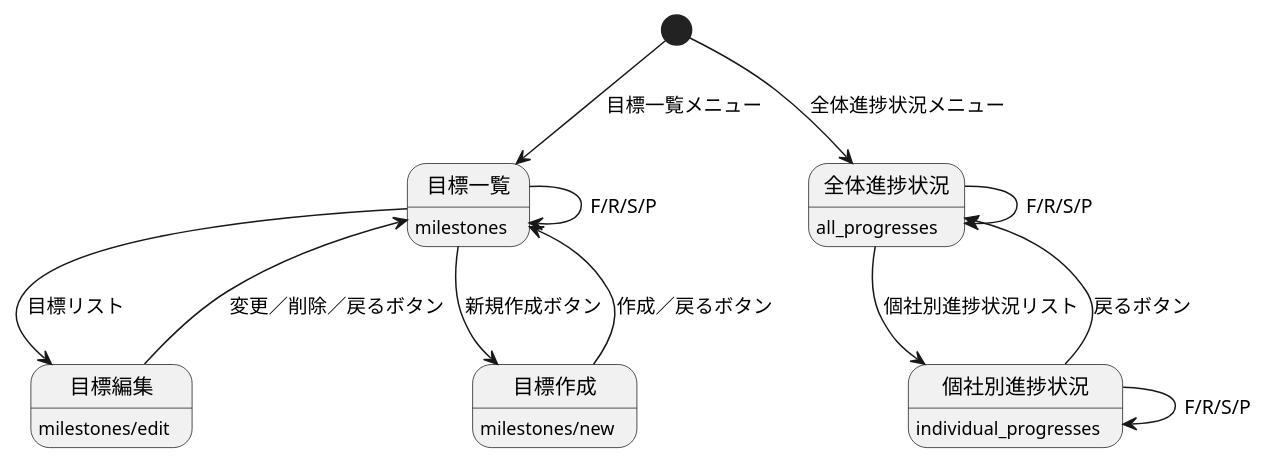
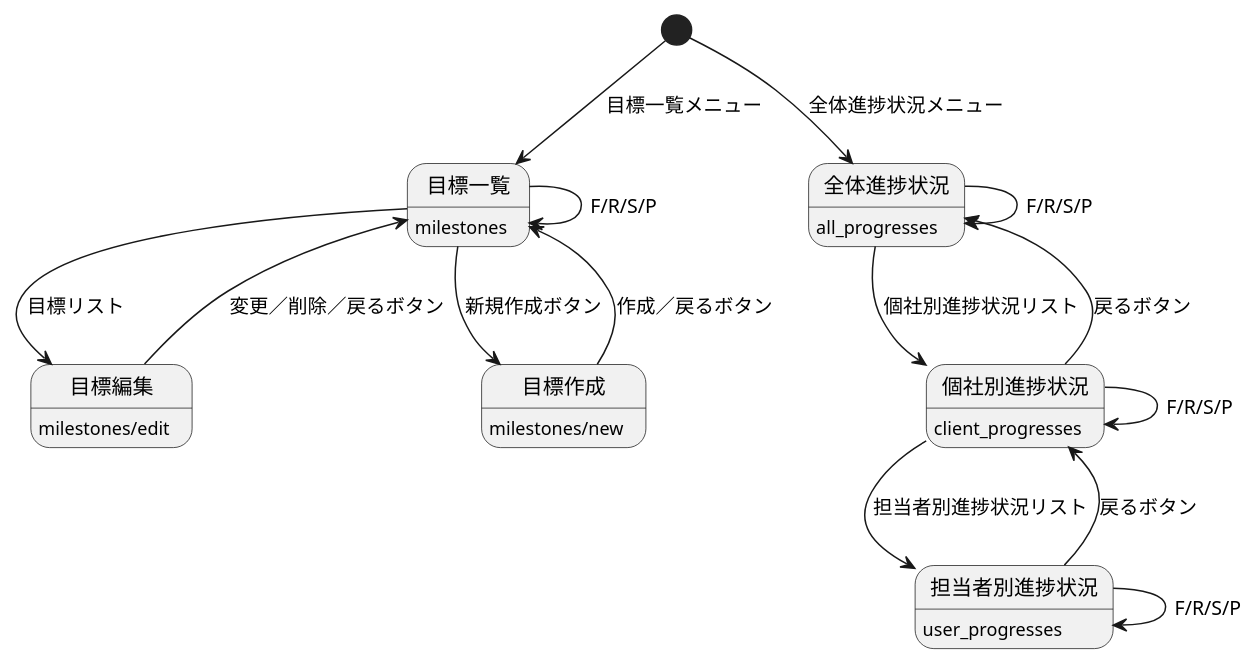
The diagram in docs/milestones.pu (cedge1michi/tass_mock-frontend), drawn with PlantUML before and after one commit. The commit also changed 24 other files, not shown here.

```diff
--- a/docs/milestones.pu
+++ b/docs/milestones.pu
@@ -1,26 +1,31 @@
 @startuml 目標管理
 [*]--> 目標一覧: 目標一覧メニュー
 
 目標一覧 --> 目標編集: 目標リスト
 目標編集 --> 目標一覧: 変更／削除／戻るボタン
 
 目標一覧 --> 目標作成: 新規作成ボタン
 目標作成 --> 目標一覧: 作成／戻るボタン
 
 目標一覧 --> 目標一覧: F/R/S/P
 
 目標一覧: milestones
 目標作成: milestones/new
 目標編集: milestones/edit
 
 [*] --> 全体進捗状況: 全体進捗状況メニュー
 
 全体進捗状況 --> 個社別進捗状況: 個社別進捗状況リスト
 個社別進捗状況 --> 全体進捗状況: 戻るボタン
 
+個社別進捗状況 --> 担当者別進捗状況: 担当者別進捗状況リスト
+担当者別進捗状況 --> 個社別進捗状況: 戻るボタン
+
 全体進捗状況 --> 全体進捗状況: F/R/S/P
 個社別進捗状況 --> 個社別進捗状況: F/R/S/P
+担当者別進捗状況 --> 担当者別進捗状況: F/R/S/P
 
 全体進捗状況: all_progresses
-個社別進捗状況: individual_progresses
+個社別進捗状況: client_progresses
+担当者別進捗状況: user_progresses
 @enduml
```
